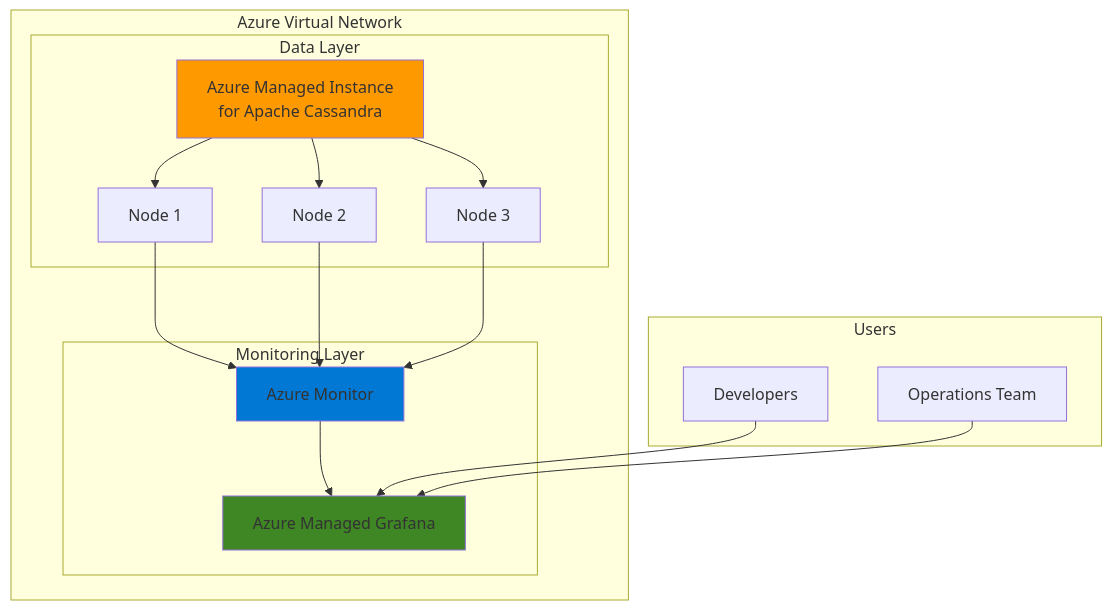
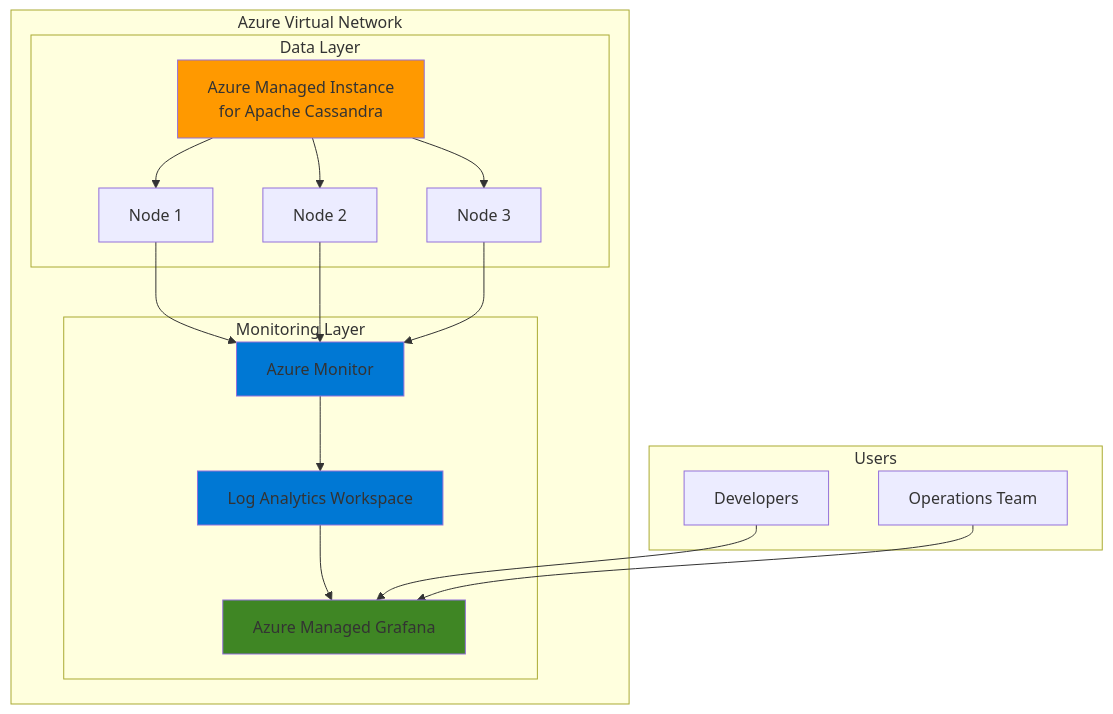
One commit to mzazon/awesome-cloud-projects changed the diagram in azure/monitor-cassandra-distributed-databases-managed-grafana/monitor-cassandra-distributed-databases-managed-grafana.md. Above: the diagram before and after it, drawn with Mermaid. The commit also changed other lines of this file and 5581 other files, not shown here.

````diff
--- a/azure/monitor-cassandra-distributed-databases-managed-grafana/monitor-cassandra-distributed-databases-managed-grafana.md
+++ b/azure/monitor-cassandra-distributed-databases-managed-grafana/monitor-cassandra-distributed-databases-managed-grafana.md
@@ -30,37 +30,40 @@
 ```mermaid
 graph TB
     subgraph "Azure Virtual Network"
         subgraph "Data Layer"
             CASS[Azure Managed Instance<br/>for Apache Cassandra]
             CASS1[Node 1]
             CASS2[Node 2]
             CASS3[Node 3]
         end
         
         subgraph "Monitoring Layer"
             MON[Azure Monitor]
+            LAW[Log Analytics Workspace]
             AMG[Azure Managed Grafana]
         end
     end
     
     subgraph "Users"
         DEV[Developers]
         OPS[Operations Team]
     end
     
     CASS --> CASS1
     CASS --> CASS2
     CASS --> CASS3
     
     CASS1 --> MON
     CASS2 --> MON
     CASS3 --> MON
     
-    MON --> AMG
+    MON --> LAW
+    LAW --> AMG
     DEV --> AMG
     OPS --> AMG
     
     style CASS fill:#FF9900
     style AMG fill:#3F8624
     style MON fill:#0078D4
+    style LAW fill:#0078D4
 ```
````
